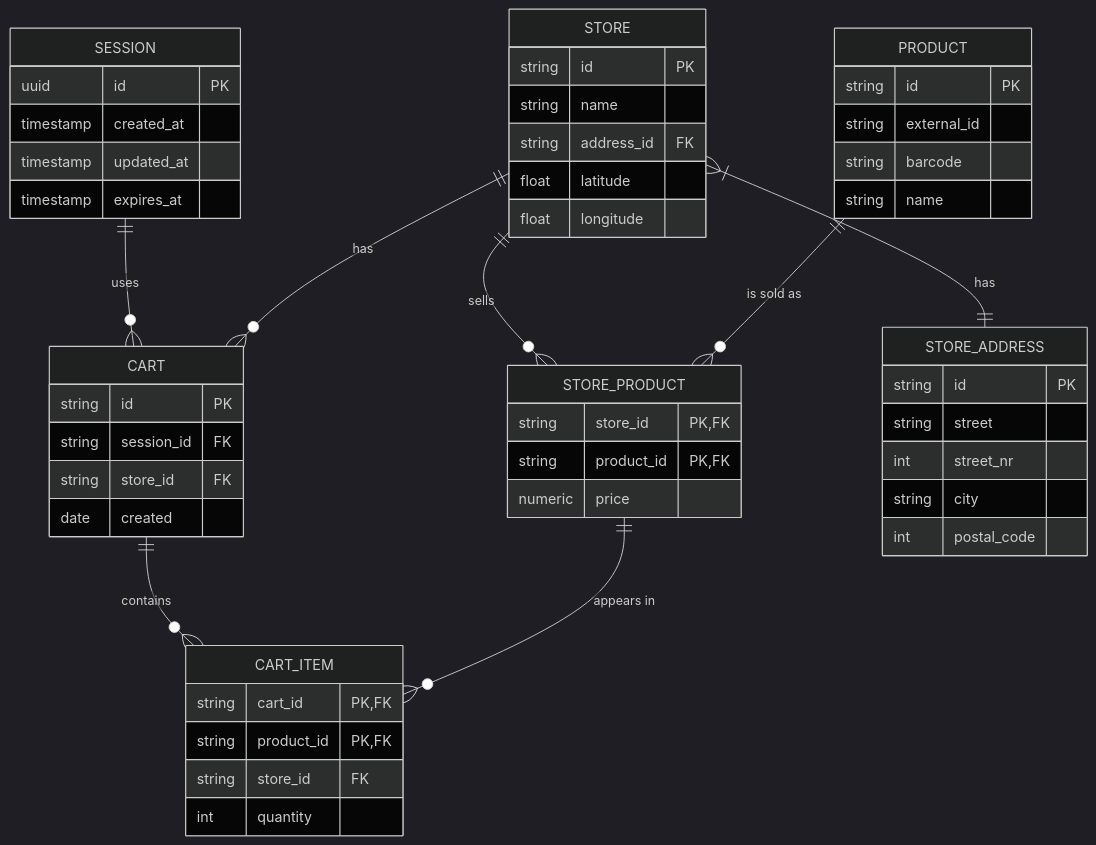
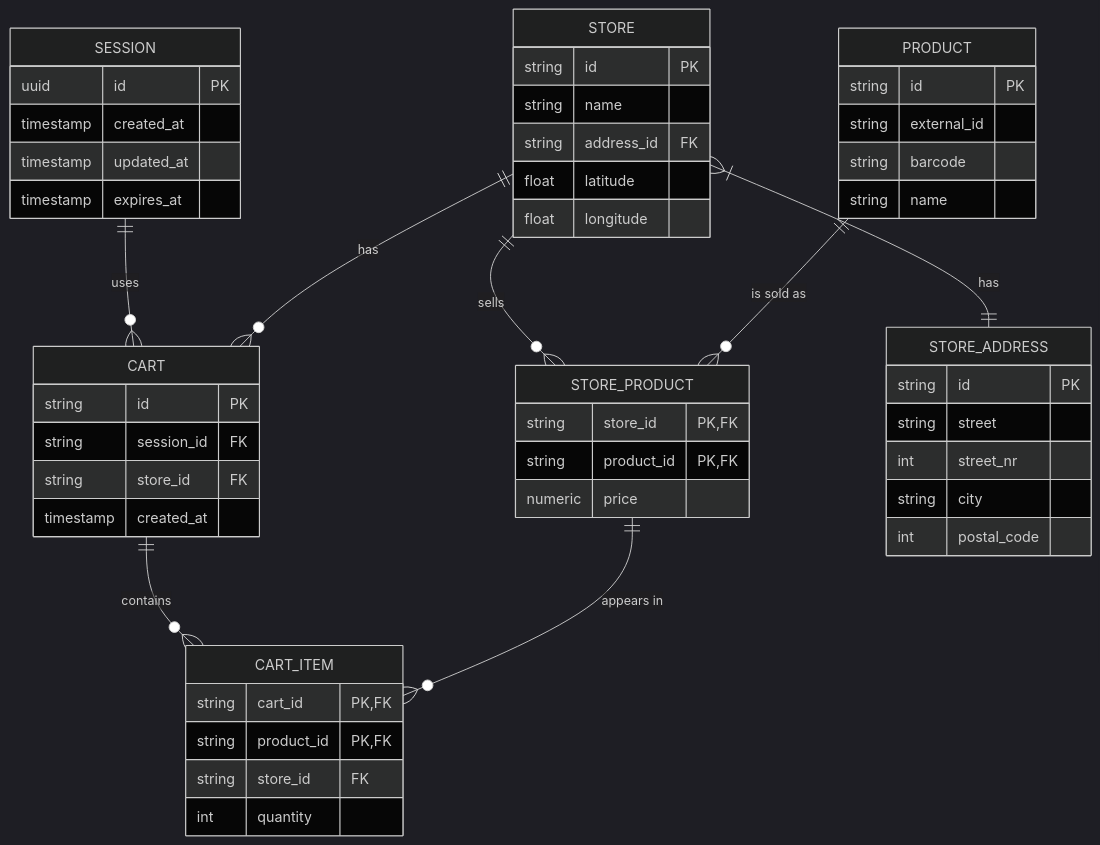
Before and after one commit to cool-scan-app/UniBlip: the diagram in apps/api/ERD.md, drawn with Mermaid (dark theme). The commit also changed 8 other files, not shown here.

````diff
--- a/apps/api/ERD.md
+++ b/apps/api/ERD.md
@@ -1,53 +1,53 @@
 ```mermaid
 erDiagram
     SESSION ||--o{ CART : uses
     CART ||--o{ CART_ITEM : contains
     STORE_PRODUCT ||--o{ CART_ITEM : "appears in"
     STORE ||--o{ CART : has
     STORE ||--o{ STORE_PRODUCT : sells
     STORE }|--|| STORE_ADDRESS : has
     PRODUCT ||--o{ STORE_PRODUCT : "is sold as"
     SESSION {
         uuid id PK
         timestamp created_at
         timestamp updated_at
         timestamp expires_at
     }
     CART {
         string id PK
         string session_id FK
         string store_id FK
-        date created
+        timestamp created_at
     }
     PRODUCT {
         string id PK
         string external_id
         string barcode
         string name
     }
     CART_ITEM {
         string cart_id PK,FK
         string product_id PK,FK
         string store_id FK
         int quantity
     }
     STORE {
         string id PK
         string name
         string address_id FK
         float latitude
         float longitude
     }
     STORE_ADDRESS {
         string id PK
         string street
         int street_nr
         string city
         int postal_code
     }
     STORE_PRODUCT {
         string store_id PK,FK
         string product_id PK,FK
         numeric price
     }
 ```
````
